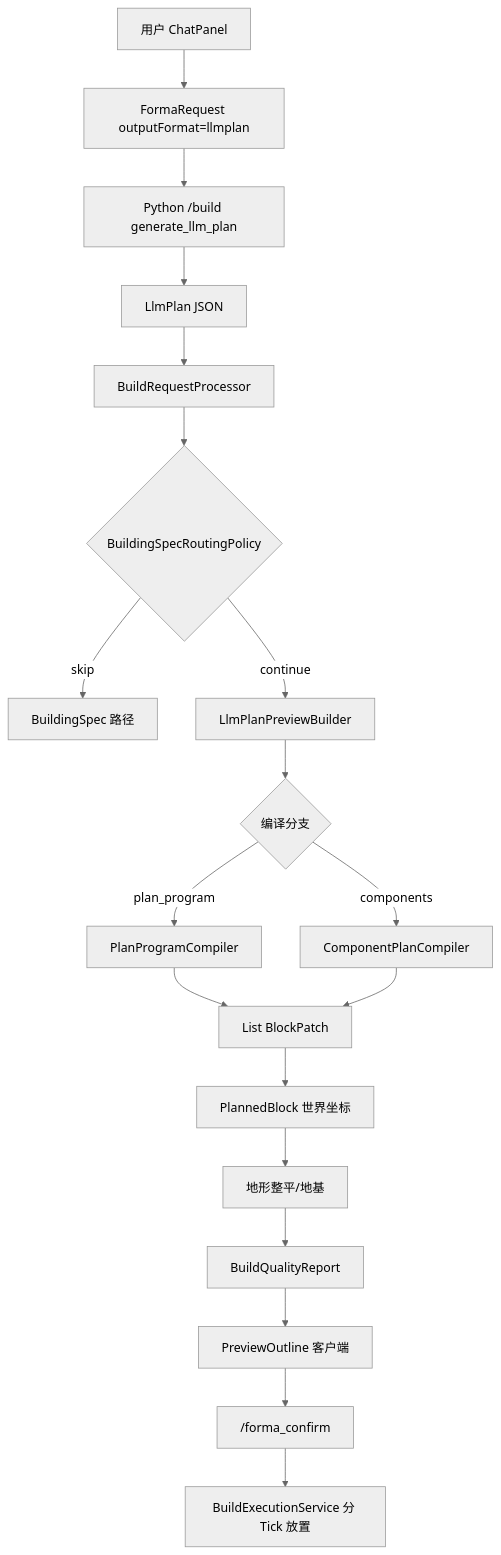
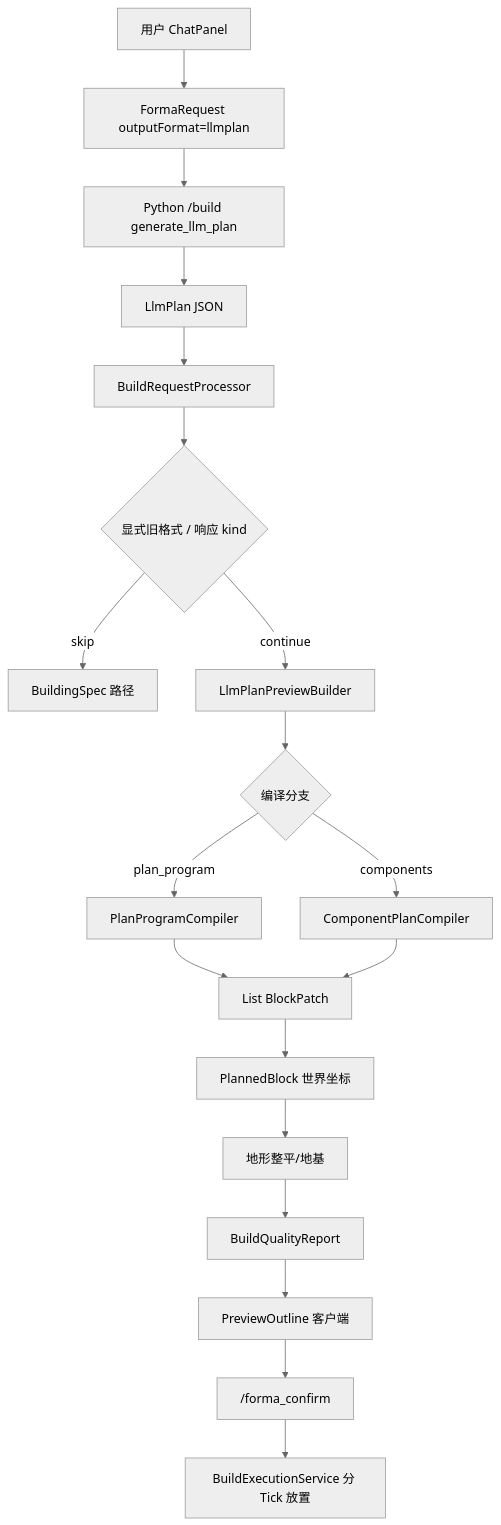
Before and after one commit to Theopote/FormaCraft_Mod: the diagram in docs/GENERATION_PIPELINE.md, drawn with Mermaid (neutral theme). The commit also changed other lines of this file and 9 other files, not shown here.

````diff
--- a/docs/GENERATION_PIPELINE.md
+++ b/docs/GENERATION_PIPELINE.md
@@ -30,21 +30,21 @@
 ```mermaid
 flowchart TD
   User[用户 ChatPanel] --> Req[FormaRequest outputFormat=llmplan]
   Req --> Py[Python /build generate_llm_plan]
   Py --> Plan[LlmPlan JSON]
   Plan --> BRP[BuildRequestProcessor]
-  BRP --> Route{BuildingSpecRoutingPolicy}
+  BRP --> Route{显式旧格式 / 响应 kind}
   Route -->|skip| BS[BuildingSpec 路径]
   Route -->|continue| Preview[LlmPlanPreviewBuilder]
   Preview --> Compile{编译分支}
   Compile -->|plan_program| PPC[PlanProgramCompiler]
   Compile -->|components| CPC[ComponentPlanCompiler]
   PPC --> Patches[List BlockPatch]
   CPC --> Patches
   Patches --> World[PlannedBlock 世界坐标]
   World --> Terrain[地形整平/地基]
   Terrain --> Quality[BuildQualityReport]
   Quality --> Outline[PreviewOutline 客户端]
   Outline --> Confirm["/forma_confirm"]
   Confirm --> Build[BuildExecutionService 分 Tick 放置]
 ```
````
